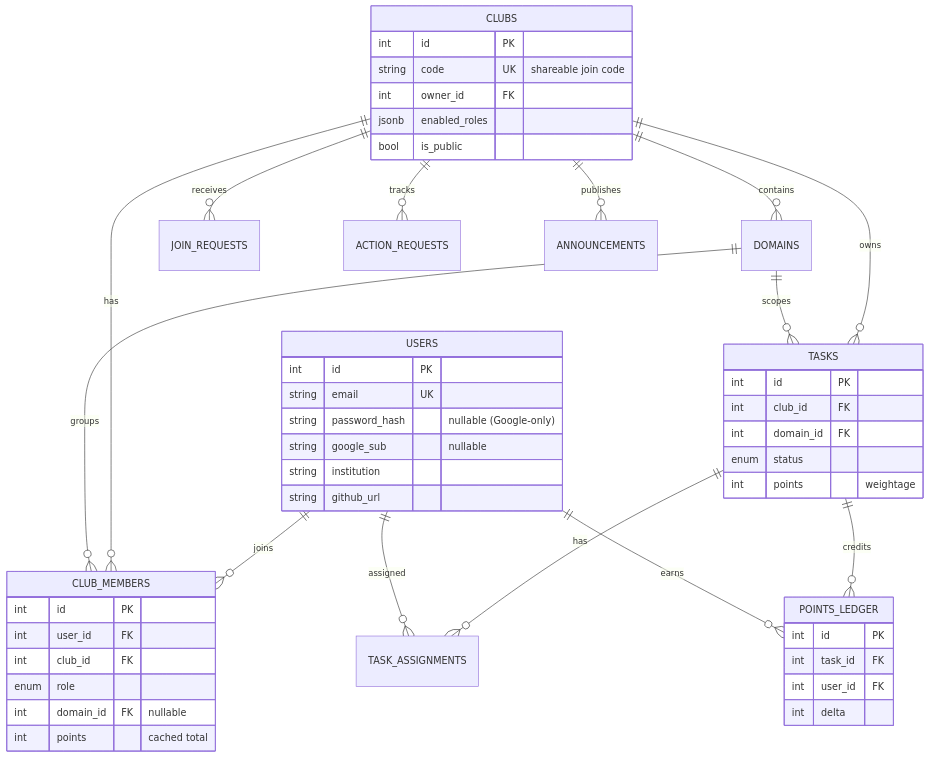
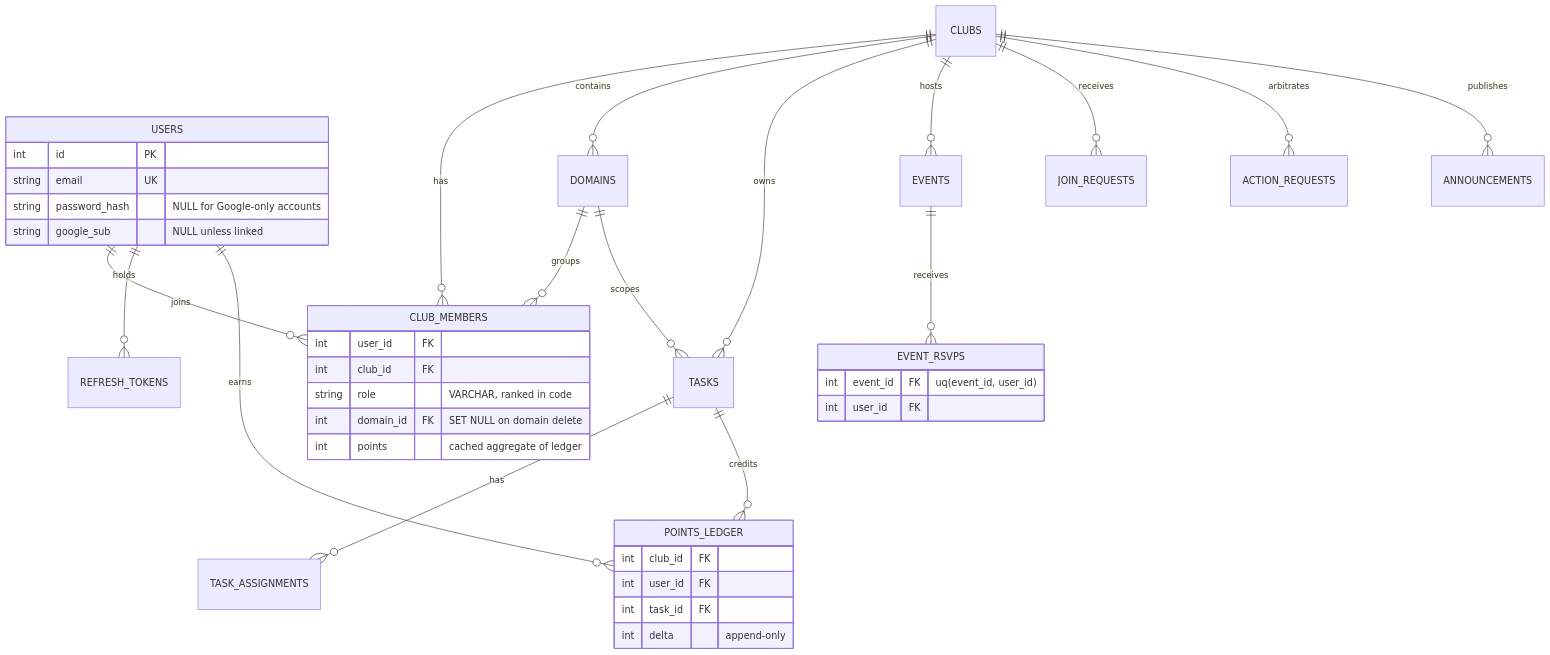
Before and after one commit to VishaalPillay/ClubHub: the second of 2 diagrams in README.md, drawn with Mermaid. The commit also changed other lines of this file and 1 other file, not shown here.

````diff
--- a/README.md
+++ b/README.md
@@ -101,53 +82,42 @@
 ```mermaid
 erDiagram
-    USERS ||--o{ CLUB_MEMBERS : "joins"
-    CLUBS ||--o{ CLUB_MEMBERS : "has"
-    CLUBS ||--o{ DOMAINS : "contains"
-    DOMAINS ||--o{ CLUB_MEMBERS : "groups"
-    CLUBS ||--o{ TASKS : "owns"
-    DOMAINS ||--o{ TASKS : "scopes"
-    TASKS ||--o{ TASK_ASSIGNMENTS : "has"
-    USERS ||--o{ TASK_ASSIGNMENTS : "assigned"
-    CLUBS ||--o{ JOIN_REQUESTS : "receives"
-    CLUBS ||--o{ ACTION_REQUESTS : "tracks"
-    CLUBS ||--o{ ANNOUNCEMENTS : "publishes"
-    TASKS ||--o{ POINTS_LEDGER : "credits"
-    USERS ||--o{ POINTS_LEDGER : "earns"
+    USERS ||--o{ CLUB_MEMBERS : joins
+    USERS ||--o{ REFRESH_TOKENS : holds
+    CLUBS ||--o{ CLUB_MEMBERS : has
+    CLUBS ||--o{ DOMAINS : contains
+    DOMAINS ||--o{ CLUB_MEMBERS : groups
+    CLUBS ||--o{ TASKS : owns
+    DOMAINS ||--o{ TASKS : scopes
+    TASKS ||--o{ TASK_ASSIGNMENTS : has
+    TASKS ||--o{ POINTS_LEDGER : credits
+    USERS ||--o{ POINTS_LEDGER : earns
+    CLUBS ||--o{ EVENTS : hosts
+    EVENTS ||--o{ EVENT_RSVPS : receives
+    CLUBS ||--o{ JOIN_REQUESTS : receives
+    CLUBS ||--o{ ACTION_REQUESTS : arbitrates
+    CLUBS ||--o{ ANNOUNCEMENTS : publishes
 
     USERS {
         int id PK
         string email UK
-        string password_hash "nullable (Google-only)"
-        string google_sub "nullable"
-        string institution
-        string github_url
-    }
-    CLUBS {
-        int id PK
-        string code UK "shareable join code"
-        int owner_id FK
-        jsonb enabled_roles
-        bool is_public
+        string password_hash "NULL for Google-only accounts"
+        string google_sub "NULL unless linked"
     }
     CLUB_MEMBERS {
-        int id PK
         int user_id FK
         int club_id FK
-        enum role
-        int domain_id FK "nullable"
-        int points "cached total"
-    }
-    TASKS {
-        int id PK
-        int club_id FK
-        int domain_id FK
-        enum status
-        int points "weightage"
+        string role "VARCHAR, ranked in code"
+        int domain_id FK "SET NULL on domain delete"
+        int points "cached aggregate of ledger"
     }
     POINTS_LEDGER {
-        int id PK
+        int club_id FK
+        int user_id FK
         int task_id FK
+        int delta "append-only"
+    }
+    EVENT_RSVPS {
+        int event_id FK "uq(event_id, user_id)"
         int user_id FK
-        int delta
     }
 ```
````
